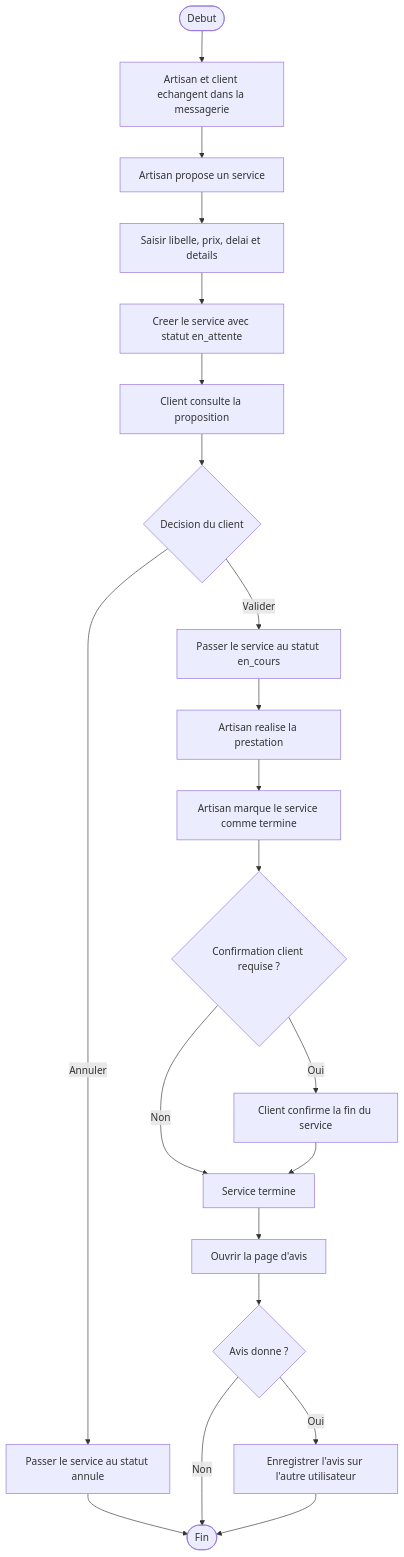
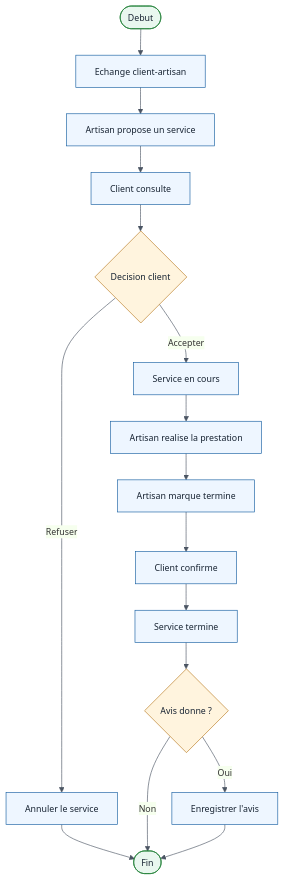
The eighth of 12 diagrams in UML/diagrammes-activites.md (Exauce13/fya-front-end), drawn with Mermaid before and after one commit. The commit also changed other lines of this file and 104 other files, not shown here.

````diff
--- a/UML/diagrammes-activites.md
+++ b/UML/diagrammes-activites.md
@@ -233,25 +278,29 @@
 ```mermaid
+%%{init: {"theme": "base", "themeVariables": {"fontFamily": "Arial", "fontSize": "14px", "primaryColor": "#EEF6FF", "primaryBorderColor": "#145DA0", "lineColor": "#4B5563", "textColor": "#182433"}, "flowchart": {"curve": "basis", "nodeSpacing": 30, "rankSpacing": 42}}}%%
 flowchart TD
-    A([Debut]) --> B[Artisan et client echangent dans la messagerie]
+    A([Debut]) --> B[Echange client-artisan]
     B --> C[Artisan propose un service]
-    C --> D[Saisir libelle, prix, delai et details]
-    D --> E[Creer le service avec statut en_attente]
-    E --> F[Client consulte la proposition]
-    F --> G{Decision du client}
+    C --> D[Client consulte]
+    D --> E{Decision client}
 
-    G -- Annuler --> H[Passer le service au statut annule]
-    H --> Z([Fin])
+    E -- Refuser --> F[Annuler le service]
+    F --> Z([Fin])
 
-    G -- Valider --> I[Passer le service au statut en_cours]
-    I --> J[Artisan realise la prestation]
-    J --> K[Artisan marque le service comme termine]
-    K --> L{Confirmation client requise ?}
-    L -- Oui --> M[Client confirme la fin du service]
-    L -- Non --> N[Service termine]
-    M --> N
-    N --> O[Ouvrir la page d'avis]
-    O --> P{Avis donne ?}
-    P -- Non --> Z
-    P -- Oui --> Q[Enregistrer l'avis sur l'autre utilisateur]
-    Q --> Z
+    E -- Accepter --> G[Service en cours]
+    G --> H[Artisan realise la prestation]
+    H --> I[Artisan marque termine]
+    I --> J[Client confirme]
+    J --> K[Service termine]
+    K --> L{Avis donne ?}
+
+    L -- Non --> Z
+    L -- Oui --> M[Enregistrer l'avis]
+    M --> Z
+
+    classDef start fill:#E9F7EF,stroke:#1E7E34,color:#182433,font-size:14px
+    classDef action fill:#EEF6FF,stroke:#145DA0,color:#182433,font-size:14px
+    classDef decision fill:#FFF4DE,stroke:#B7791F,color:#182433,font-size:14px
+    class A,Z start
+    class B,C,D,F,G,H,I,J,K,M action
+    class E,L decision
 ```
````
